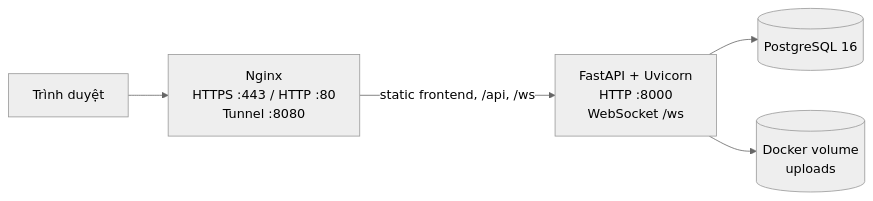
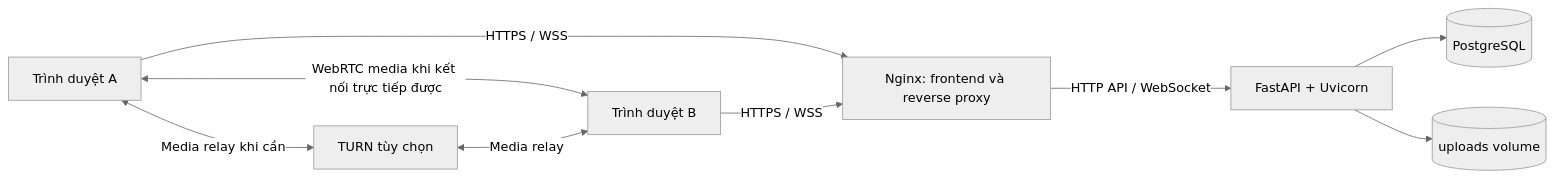
The first of 3 diagrams in README.md (Dungx1107/team-chat), drawn with Mermaid (neutral theme) before and after one commit. The commit also changed other lines of this file, not shown here.

````diff
--- a/README.md
+++ b/README.md
@@ -33,13 +179,11 @@
 ```mermaid
 flowchart LR
-    Browser[Trình duyệt]
-    Web[Nginx\nHTTPS :443 / HTTP :80\nTunnel :8080]
-    Backend[FastAPI + Uvicorn\nHTTP :8000\nWebSocket /ws]
-    Database[(PostgreSQL 16)]
-    Storage[(Docker volume\nuploads)]
-
-    Browser --> Web
-    Web -->|static frontend, /api, /ws| Backend
-    Backend --> Database
-    Backend --> Storage
+    A[Trình duyệt A] -->|HTTPS / WSS| W[Nginx: frontend và reverse proxy]
+    B[Trình duyệt B] -->|HTTPS / WSS| W
+    W -->|HTTP API / WebSocket| API[FastAPI + Uvicorn]
+    API --> DB[(PostgreSQL)]
+    API --> F[(uploads volume)]
+    A <-->|WebRTC media khi kết nối trực tiếp được| B
+    A <-->|Media relay khi cần| T[TURN tùy chọn]
+    T <-->|Media relay| B
 ```
````
